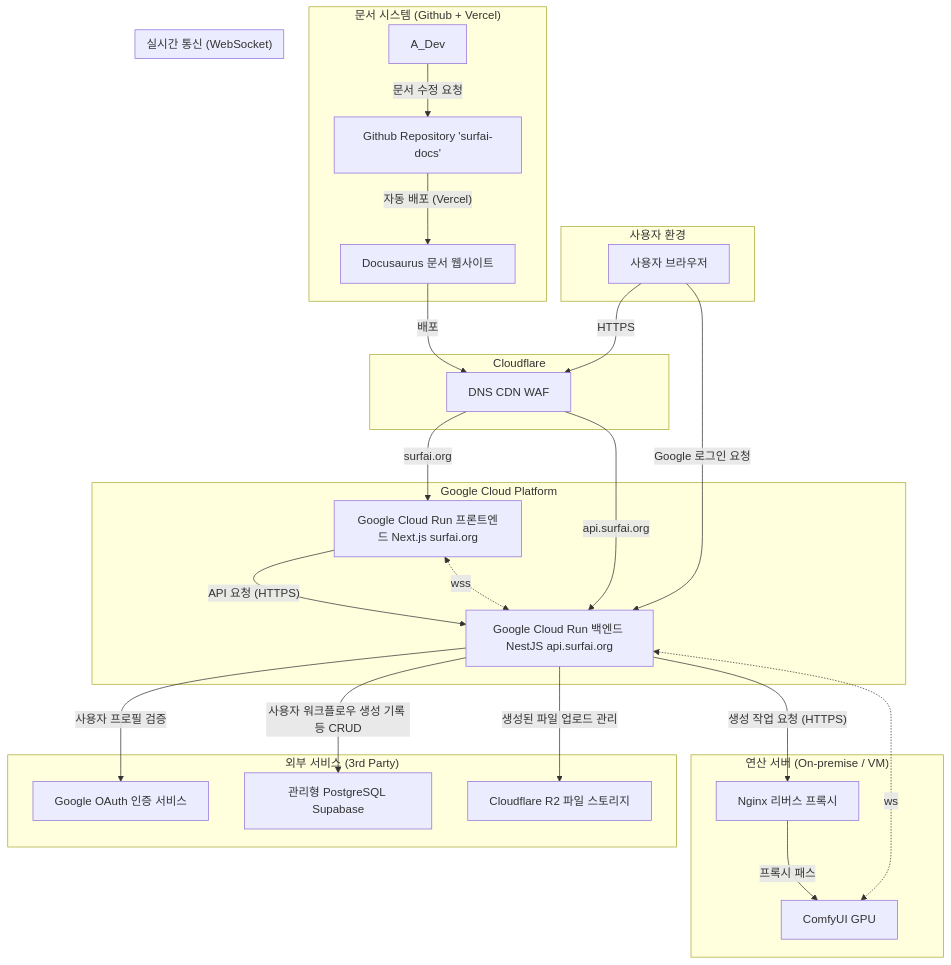
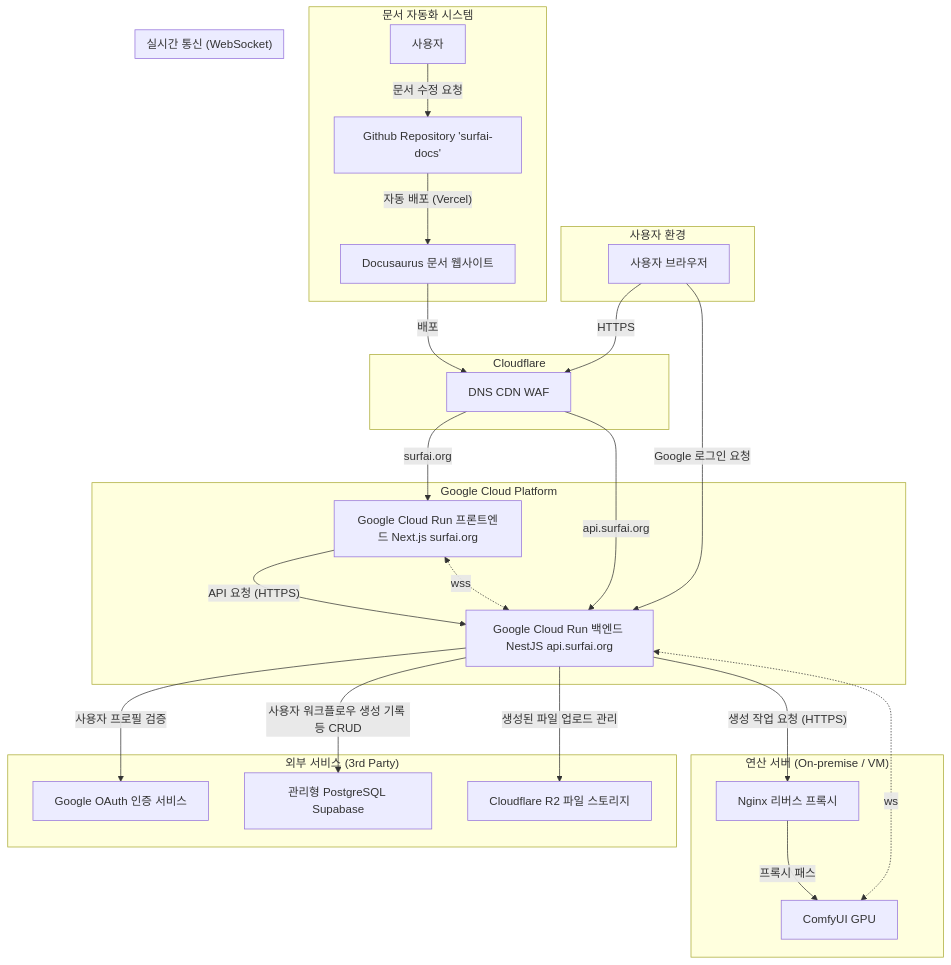
Before and after one commit to jaytsol/surfai-docs: the diagram in website/docs/ARCHITECTURE.md, drawn with Mermaid.

````diff
--- a/website/docs/ARCHITECTURE.md
+++ b/website/docs/ARCHITECTURE.md
@@ -21,58 +21,58 @@
 ```mermaid
 graph TD
     subgraph "사용자 환경"
         A[사용자 브라우저]
     end
 
     subgraph "Cloudflare"
         B[DNS CDN WAF]
     end
 
     subgraph "Google Cloud Platform"
         C[Google Cloud Run 프론트엔드 Next.js surfai.org]
         D[Google Cloud Run 백엔드 NestJS api.surfai.org]
     end
 
     subgraph "외부 서비스 (3rd Party)"
         E[관리형 PostgreSQL Supabase]
         F[Cloudflare R2 파일 스토리지]
         H[Google OAuth 인증 서비스]
     end
     
     subgraph "연산 서버 (On-premise / VM)"
         G_Proxy[Nginx 리버스 프록시]
         G[ComfyUI GPU]
         G_Proxy -- 프록시 패스 --> G
     end
 
-    subgraph "문서 시스템 (Github + Vercel)"
+    subgraph "문서 자동화 시스템"
         I[Docusaurus 문서 웹사이트]
         J[Github Repository 'surfai-docs']
         I -- 배포 --> B
-        A_Dev -- 문서 수정 요청 --> J
+        사용자 -- 문서 수정 요청 --> J
         J -- 자동 배포 (Vercel) --> I
     end
 
     %% --- 데이터 흐름 정의 ---
 
     A -- HTTPS --> B;
     B -- surfai.org --> C;
     B -- api.surfai.org --> D;
     
     C -- API 요청 (HTTPS) --> D;
     
     %% 인증 흐름
     A -- Google 로그인 요청 --> D;
     D -- 사용자 프로필 검증 --> H;
 
     %% 백엔드 로직
     D -- "사용자 워크플로우 생성 기록 등 CRUD" --> E;
     D -- "생성된 파일 업로드 관리" --> F;
     D -- 생성 작업 요청 (HTTPS) --> G_Proxy;
     
     %% 실시간 통신 (WebSocket)
     subgraph "실시간 통신 (WebSocket)"
         C <-. wss .-> D
         D <-. ws .-> G
     end
 ```
````
